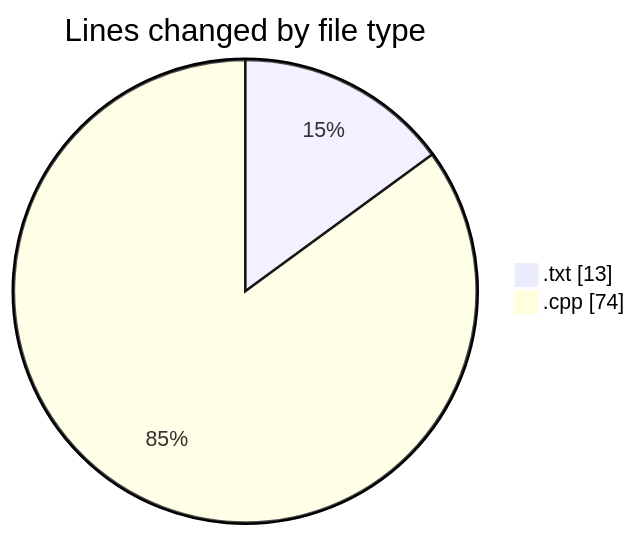
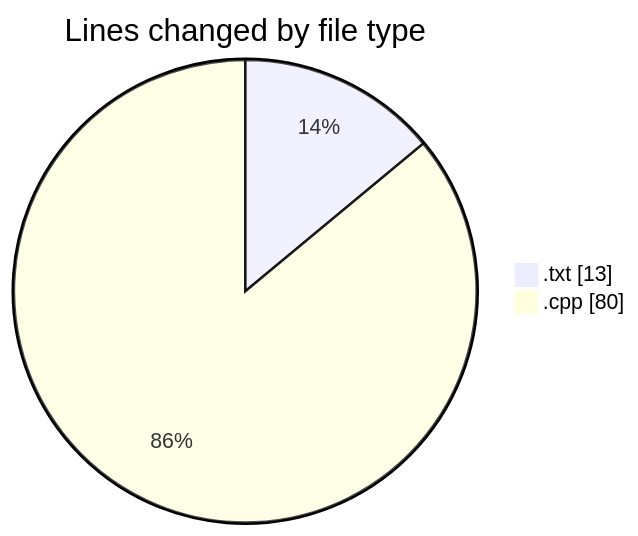
One commit to Netris89/code-tracking changed the first of 2 diagrams in 2025-04-26/date/README.md. Above: the diagram before and after it, drawn with Mermaid. The commit also changed other lines of this file and 1 other file, not shown here.

````diff
--- a/2025-04-26/date/README.md
+++ b/2025-04-26/date/README.md
@@ -21,6 +21,6 @@
 ```mermaid
 pie showData
 title Lines changed by file type
 ".txt" : 13
-".cpp" : 74
+".cpp" : 80
 ```
````
